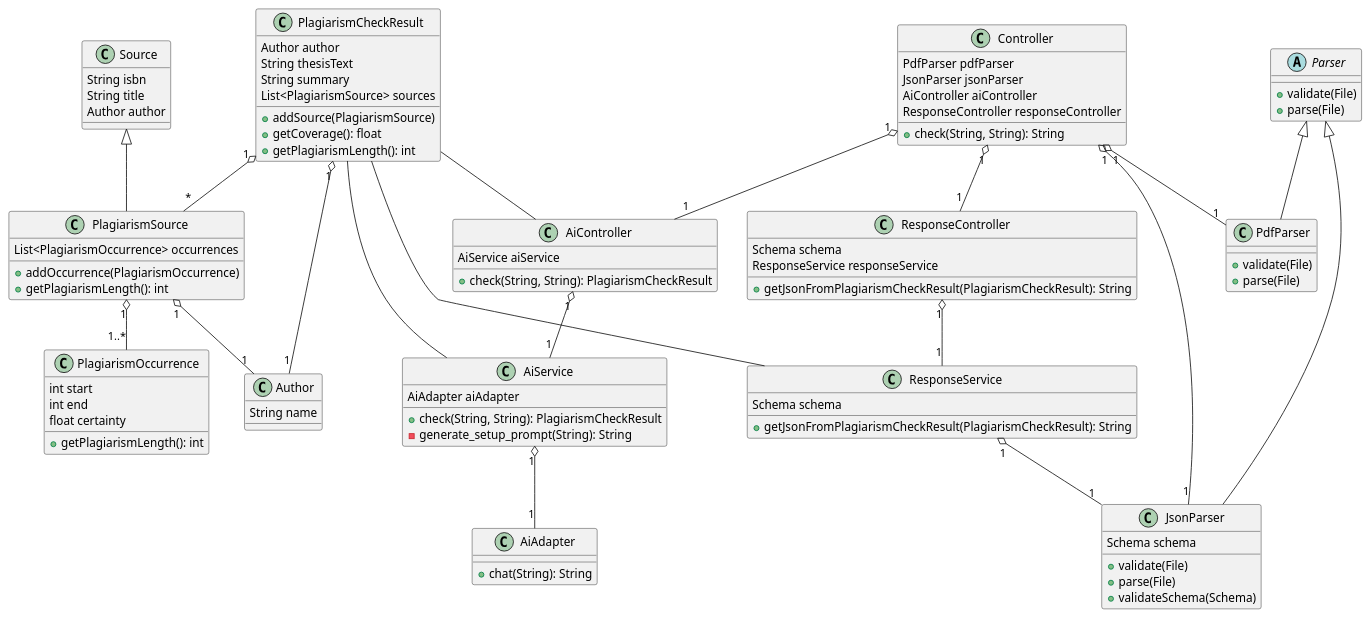
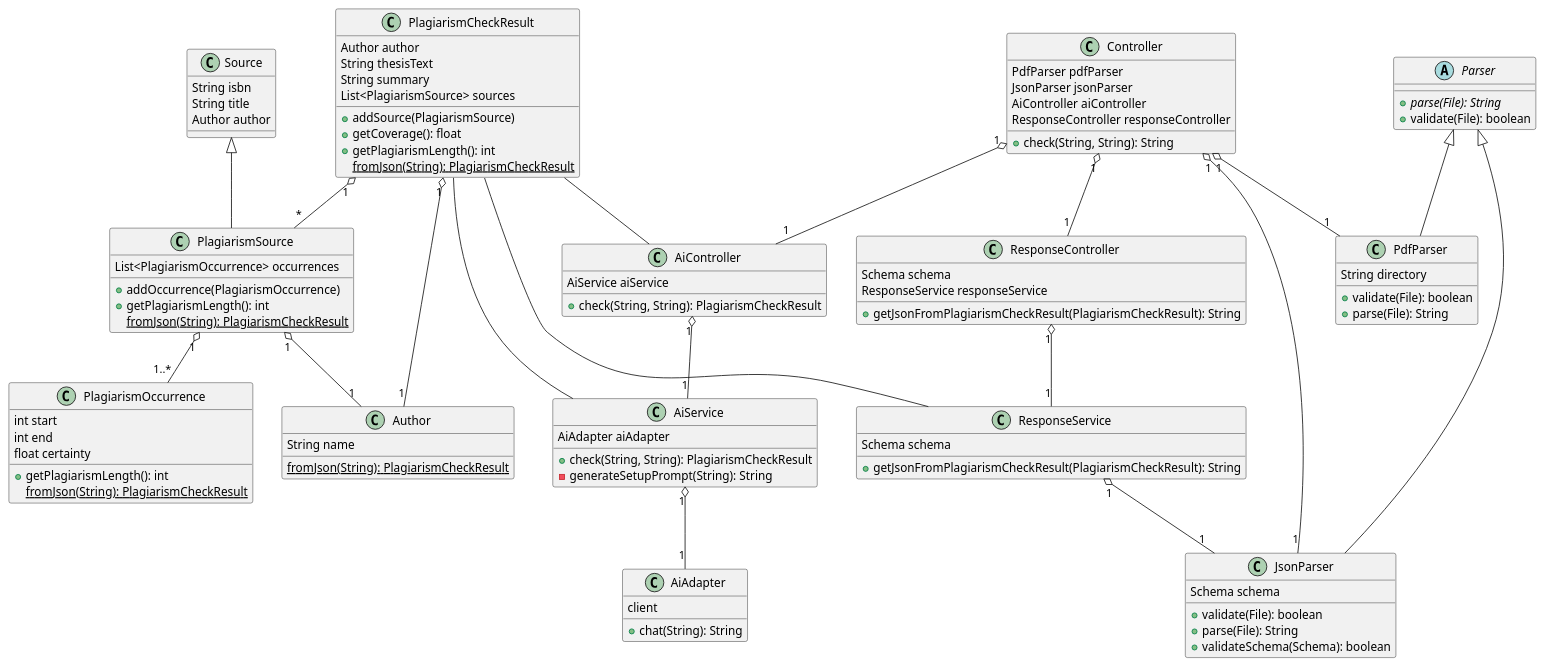
The diagram in diagrams/classes.puml (DHBW-FN/ti21-sweng2), drawn with PlantUML before and after one commit. The commit also changed 1 other file, not shown here.

Commit message:
fix(diagrams): Apply changes from prototype

```diff
--- a/diagrams/classes.puml
+++ b/diagrams/classes.puml
@@ -1,103 +1,109 @@
 @startuml Klassendiagramm
 class PlagiarismCheckResult {
     Author author
     String thesisText
     String summary
     List<PlagiarismSource> sources
     +addSource(PlagiarismSource)
     +getCoverage(): float
     +getPlagiarismLength(): int
+    {static} fromJson(String): PlagiarismCheckResult
 }
 
 class PlagiarismSource extends Source {
     List<PlagiarismOccurrence> occurrences
     +addOccurrence(PlagiarismOccurrence)
     +getPlagiarismLength(): int
+    {static} fromJson(String): PlagiarismCheckResult
 }
 
 class PlagiarismOccurrence {
     int start
     int end
     float certainty
     +getPlagiarismLength(): int
+    {static} fromJson(String): PlagiarismCheckResult
 }
 
 class Author {
     String name
+    {static} fromJson(String): PlagiarismCheckResult
 }
 
 class Source {
     String isbn
     String title
     Author author
 }
 
 abstract class Parser {
-    +validate(File)
-    +parse(File)
+    {abstract} +parse(File): String
+    +validate(File): boolean
 }
 
 class PdfParser extends Parser {
-    +validate(File)
-    +parse(File)
+    String directory
+    +validate(File): boolean
+    +parse(File): String
 }
 
 class JsonParser extends Parser {
     Schema schema
-    +validate(File)
-    +parse(File)
-    +validateSchema(Schema)
+    +validate(File): boolean
+    +parse(File): String
+    +validateSchema(Schema): boolean
 }
 
 class Controller {
     PdfParser pdfParser
     JsonParser jsonParser
     AiController aiController
     ResponseController responseController
     +check(String, String): String
 }
 
 class AiController {
     AiService aiService
     +check(String, String): PlagiarismCheckResult
 }
 
 class AiService {
     AiAdapter aiAdapter
     +check(String, String): PlagiarismCheckResult
-    -generate_setup_prompt(String): String
+    -generateSetupPrompt(String): String
 }
 
 class AiAdapter {
+    client
     +chat(String): String
 }
 
 class ResponseController {
     Schema schema
     ResponseService responseService
     +getJsonFromPlagiarismCheckResult(PlagiarismCheckResult): String
 }
 
 class ResponseService {
     Schema schema
     +getJsonFromPlagiarismCheckResult(PlagiarismCheckResult): String
 }
 
 Controller "1" o-- "1" PdfParser
 Controller "1" o-- "1" JsonParser
 Controller "1" o-- "1" AiController
 AiController "1" o-- "1" AiService
 AiService "1" o-- "1" AiAdapter
 Controller "1" o-- "1" ResponseController
 ResponseController "1" o-- "1" ResponseService
 ResponseService "1" o-- "1" JsonParser
 
 PlagiarismCheckResult -- AiController
 PlagiarismCheckResult -- AiService
 PlagiarismCheckResult -- ResponseService
 
 PlagiarismCheckResult "1" o-- "*" PlagiarismSource
 PlagiarismCheckResult "1" o-- "1" Author
 PlagiarismSource "1" o-- "1..*" PlagiarismOccurrence
 PlagiarismSource "1" o-- "1" Author
 @enduml
```
